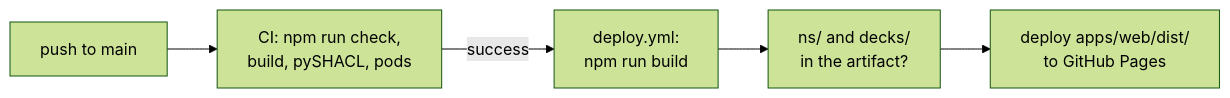
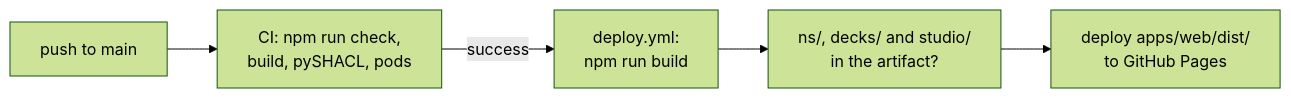
Before and after one commit to solid-memo/website: the diagram in docs/deployment.md, drawn with Mermaid (forest theme). The commit also changed other lines of this file and 70 other files, not shown here.

First line of the commit message:
Scaffold the Deck Studio as its own app beside the web app

````diff
--- a/docs/deployment.md
+++ b/docs/deployment.md
@@ -13,4 +13,4 @@
 ```mermaid
 flowchart LR
-    push["push to main"] --> ci["CI: npm run check,<br/>build, pySHACL, pods"] -->|success| build["deploy.yml:<br/>npm run build"] --> guard["ns/ and decks/<br/>in the artifact?"] --> pages["deploy apps/web/dist/<br/>to GitHub Pages"]
+    push["push to main"] --> ci["CI: npm run check,<br/>build, pySHACL, pods"] -->|success| build["deploy.yml:<br/>npm run build"] --> guard["ns/, decks/ and studio/<br/>in the artifact?"] --> pages["deploy apps/web/dist/<br/>to GitHub Pages"]
 ```
````
